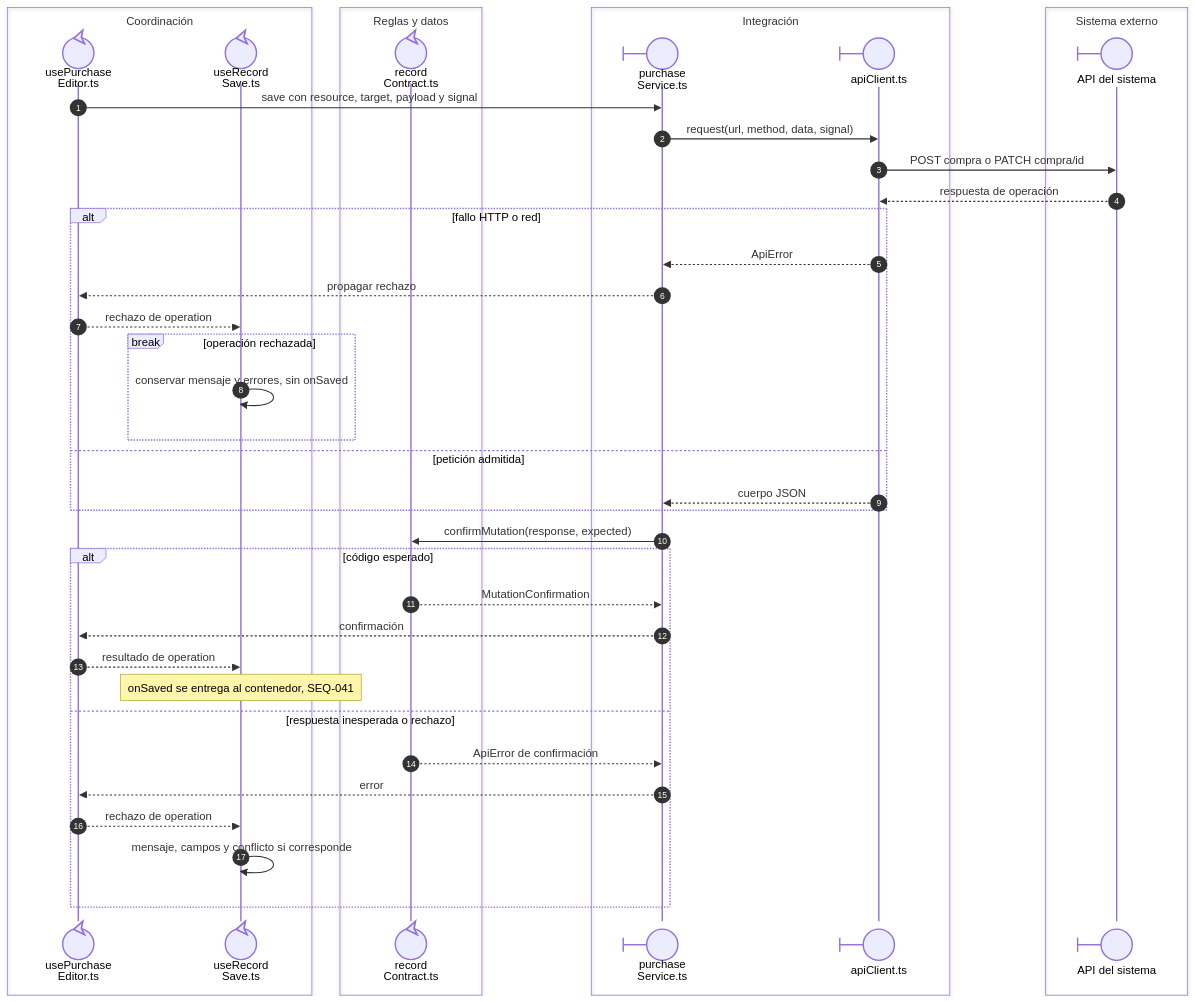
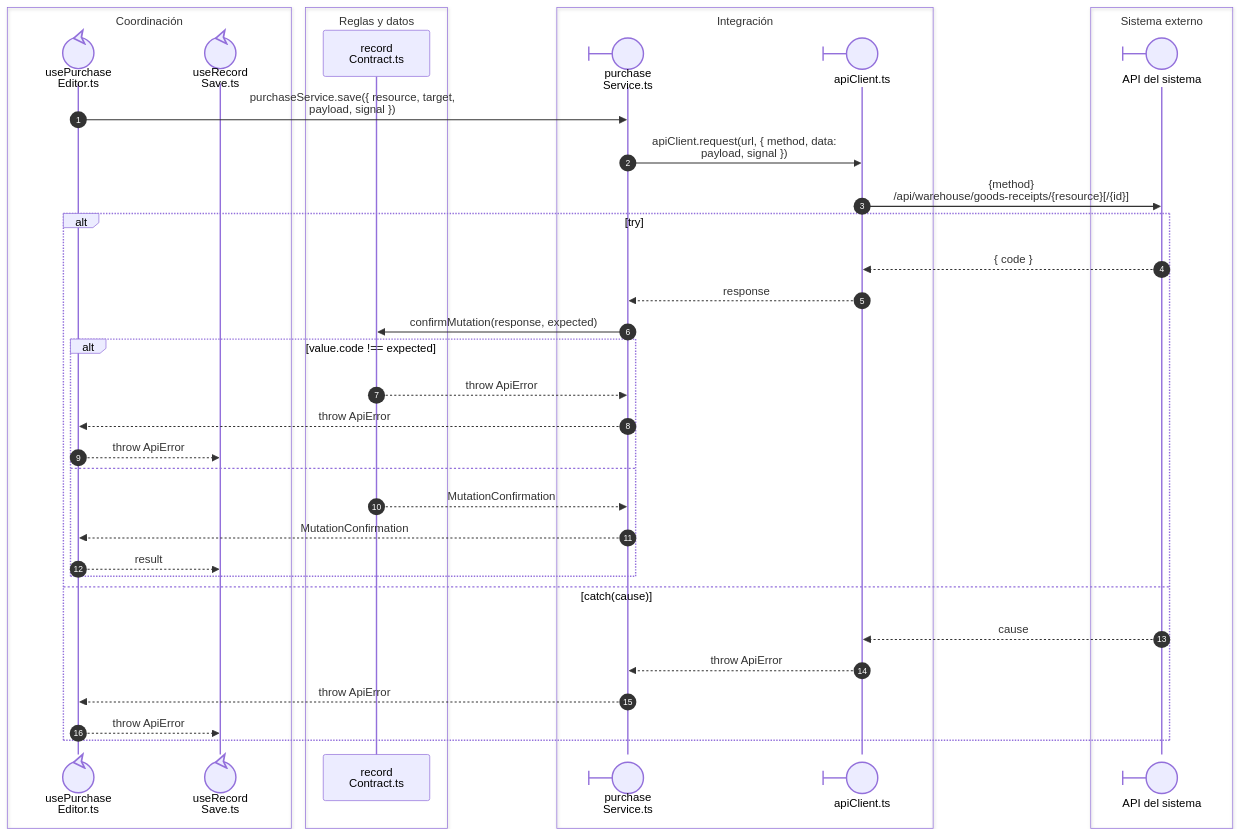
The second of 3 diagrams in front/docs/architecture/views/processes/06-purchases/02-purchase-save.md (gpgsistemas01/nexus), drawn with Mermaid before and after one commit. The commit also changed other lines of this file and 43 other files, not shown here.

````diff
--- a/front/docs/architecture/views/processes/06-purchases/02-purchase-save.md
+++ b/front/docs/architecture/views/processes/06-purchases/02-purchase-save.md
@@ -58,44 +46,40 @@
 ```mermaid
 sequenceDiagram
     autonumber
     box Coordinación
     participant Editor@{ "type": "control" } as usePurchase<br/>Editor.ts
     participant Save@{ "type": "control" } as useRecord<br/>Save.ts
     end
     box Reglas y datos
-    participant Contract@{ "type": "control" } as record<br/>Contract.ts
+    participant Contract as record<br/>Contract.ts
     end
     box Integración
     participant Service@{ "type": "boundary" } as purchase<br/>Service.ts
     participant HTTP@{ "type": "boundary" } as apiClient.ts
     end
     box Sistema externo
     participant API@{ "type": "boundary" } as API del sistema
     end
-    Editor->>Service: save con resource, target, payload y signal
-    Service->>HTTP: request(url, method, data, signal)
-    HTTP->>API: POST compra o PATCH compra/id
-    API-->>HTTP: respuesta de operación
-    alt fallo HTTP o red
-        HTTP-->>Service: ApiError
-        Service-->>Editor: propagar rechazo
-        Editor-->>Save: rechazo de operation
-        break operación rechazada
-            Save->>Save: conservar mensaje y errores, sin onSaved
+    Editor->>Service: nowrap: purchaseService.save({ resource, target,<br/>payload, signal })
+    Service->>HTTP: nowrap: apiClient.request(url, { method, data:<br/>payload, signal })
+    HTTP->>API: nowrap: {method}<br/>/api/warehouse/goods-receipts/{resource}[/{id}]
+    alt nowrap: try
+        API-->>HTTP: nowrap: { code }
+        HTTP-->>Service: nowrap: response
+        Service->>Contract: nowrap: confirmMutation(response, expected)
+        alt nowrap: value.code !== expected
+            Contract-->>Service: nowrap: throw ApiError
+            Service-->>Editor: nowrap: throw ApiError
+            Editor-->>Save: nowrap: throw ApiError
+        else
+            Contract-->>Service: nowrap: MutationConfirmation
+            Service-->>Editor: nowrap: MutationConfirmation
+            Editor-->>Save: nowrap: result
         end
-    else petición admitida
-        HTTP-->>Service: cuerpo JSON
-    end
-    Service->>Contract: confirmMutation(response, expected)
-    alt código esperado
-        Contract-->>Service: MutationConfirmation
-        Service-->>Editor: confirmación
-        Editor-->>Save: resultado de operation
-        Note over Save: onSaved se entrega al contenedor, SEQ-041
-    else respuesta inesperada o rechazo
-        Contract-->>Service: ApiError de confirmación
-        Service-->>Editor: error
-        Editor-->>Save: rechazo de operation
-        Save->>Save: mensaje, campos y conflicto si corresponde
+    else nowrap: catch(cause)
+        API-->>HTTP: nowrap: cause
+        HTTP-->>Service: nowrap: throw ApiError
+        Service-->>Editor: nowrap: throw ApiError
+        Editor-->>Save: nowrap: throw ApiError
     end
 ```
````
